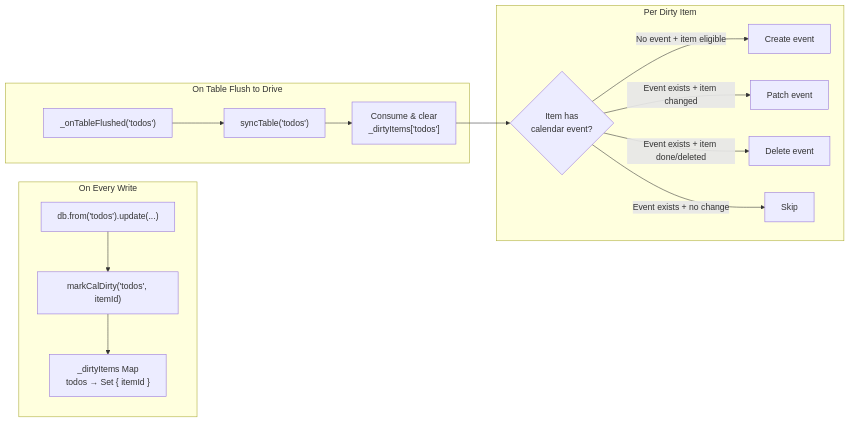
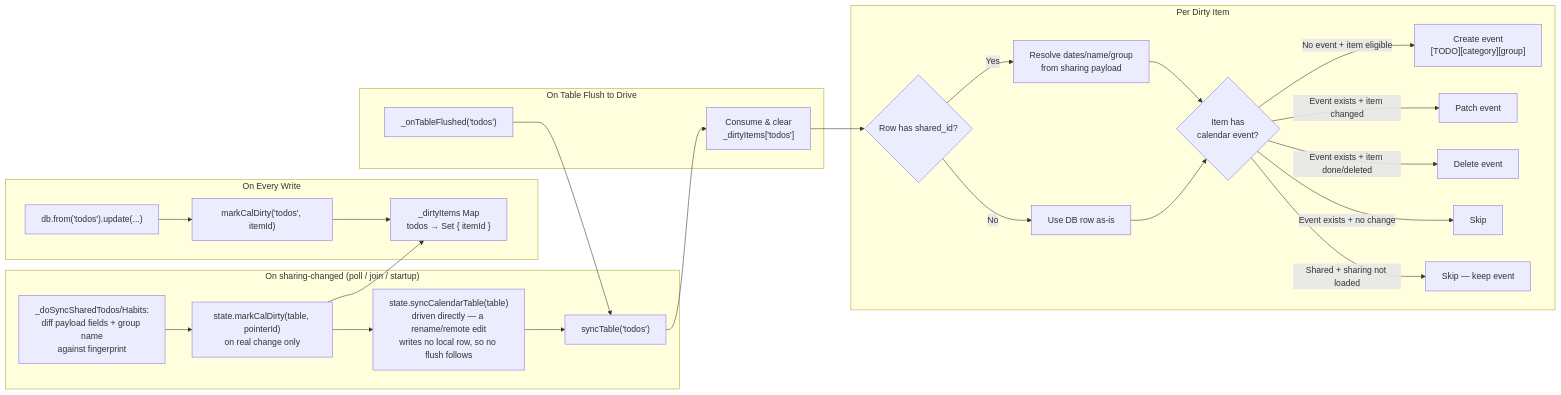
One commit to AntGro/DeLaClaw changed the seventh of 8 diagrams in docs-site/sync-architecture.md. Above: the diagram before and after it, drawn with Mermaid. The commit also changed other lines of this file and 18 other files, not shown here.

````diff
--- a/docs-site/sync-architecture.md
+++ b/docs-site/sync-architecture.md
@@ -412,24 +422,39 @@
 ```mermaid
 flowchart LR
     subgraph Writes["On Every Write"]
         W1["db.from('todos').update(...)"]
         W2["markCalDirty('todos', itemId)"]
         W1 --> W2
         W2 --> DS["_dirtyItems Map<br/>todos → Set { itemId }"]
+    end
+
+    subgraph Shared["On sharing-changed (poll / join / startup)"]
+        S1["_doSyncSharedTodos/Habits:<br/>diff payload fields + group name<br/>against fingerprint"]
+        S2["state.markCalDirty(table, pointerId)<br/>on real change only"]
+        S3["state.syncCalendarTable(table)<br/>driven directly — a rename/remote edit<br/>writes no local row, so no flush follows"]
+        S1 --> S2
+        S2 --> DS
+        S2 --> S3
+        S3 --> F2
     end
 
     subgraph Flush["On Table Flush to Drive"]
         F1["_onTableFlushed('todos')"]
         F2["syncTable('todos')"]
         F1 --> F2
         F2 --> DS2["Consume & clear<br/>_dirtyItems['todos']"]
     end
 
     subgraph Sync["Per Dirty Item"]
-        DS2 --> CHECK{"Item has<br/>calendar event?"}
-        CHECK -->|"No event + item eligible"| CREATE["Create event"]
+        DS2 --> RES{"Row has shared_id?"}
+        RES -->|"Yes"| PAYLOAD["Resolve dates/name/group<br/>from sharing payload"]
+        RES -->|"No"| ROW["Use DB row as-is"]
+        PAYLOAD --> CHECK{"Item has<br/>calendar event?"}
+        ROW --> CHECK
+        CHECK -->|"No event + item eligible"| CREATE["Create event<br/>[TODO][category][group]"]
         CHECK -->|"Event exists + item changed"| PATCH["Patch event"]
         CHECK -->|"Event exists + item done/deleted"| DELETE["Delete event"]
         CHECK -->|"Event exists + no change"| SKIP["Skip"]
+        CHECK -->|"Shared + sharing not loaded"| SKIP2["Skip — keep event"]
     end
 ```
````
